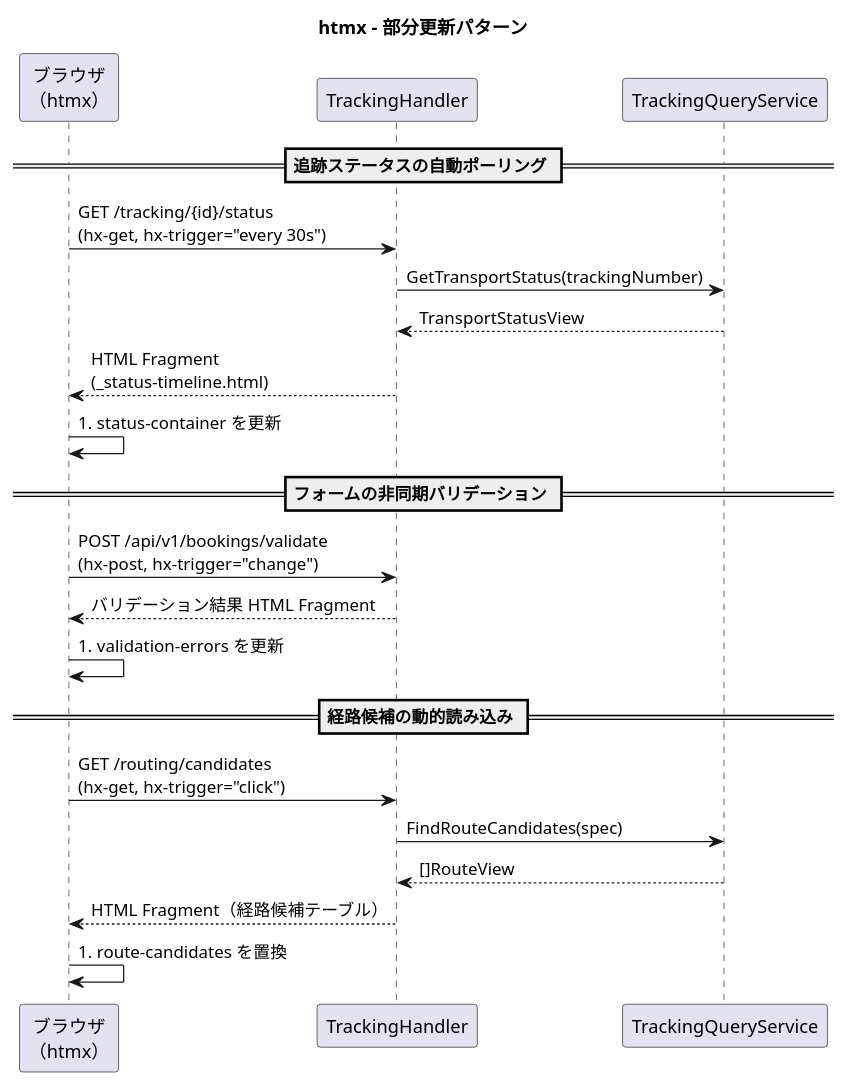
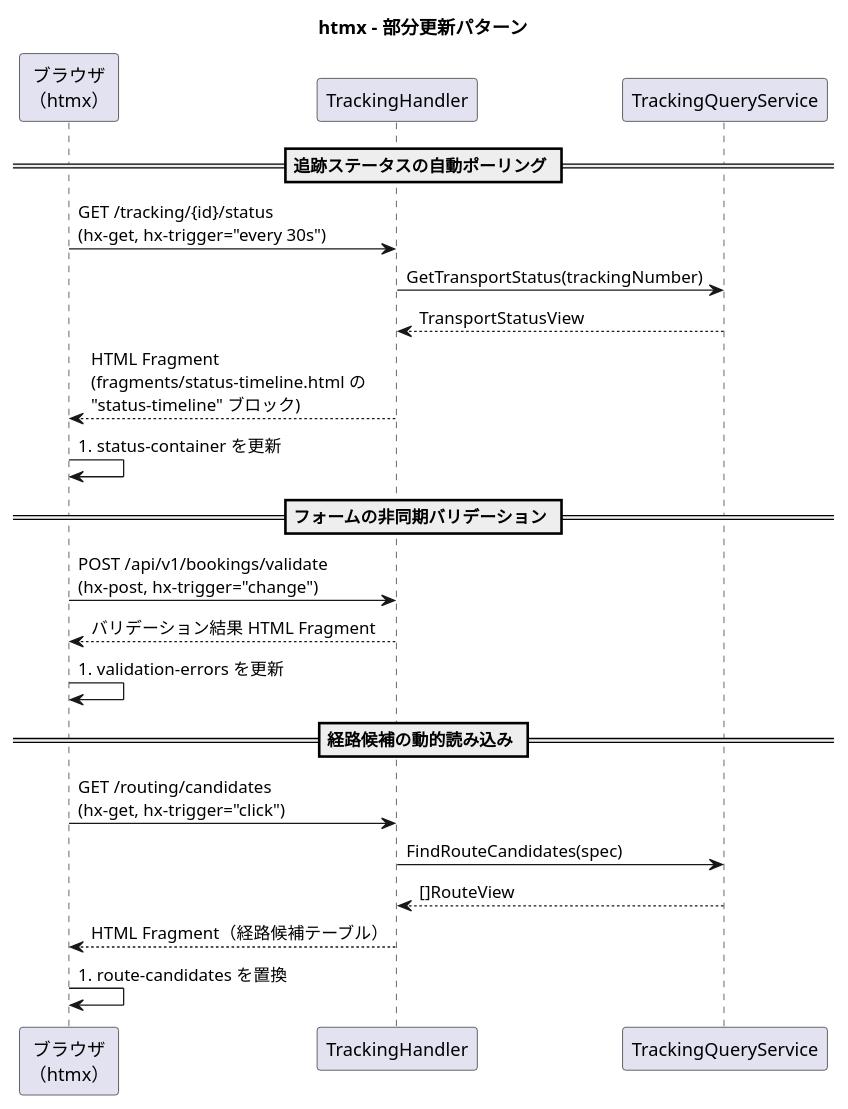
One commit to k2works/case-study-cargo-tracker changed the third of 4 diagrams in docs/design/architecture_frontend.md. Above: the diagram before and after it, drawn with PlantUML. The commit also changed other lines of this file and 5 other files, not shown here.

````diff
--- a/docs/design/architecture_frontend.md
+++ b/docs/design/architecture_frontend.md
@@ -206,32 +201,32 @@
 ```plantuml
 @startuml
 title htmx - 部分更新パターン
 
 participant "ブラウザ\n（htmx）" as browser
 participant "TrackingHandler" as ctrl
 participant "TrackingQueryService" as service
 
 == 追跡ステータスの自動ポーリング ==
 
 browser -> ctrl : GET /tracking/{id}/status\n(hx-get, hx-trigger="every 30s")
 ctrl -> service : GetTransportStatus(trackingNumber)
 service --> ctrl : TransportStatusView
-ctrl --> browser : HTML Fragment\n(_status-timeline.html)
+ctrl --> browser : HTML Fragment\n(fragments/status-timeline.html の\n"status-timeline" ブロック)
 browser -> browser : #status-container を更新
 
 == フォームの非同期バリデーション ==
 
 browser -> ctrl : POST /api/v1/bookings/validate\n(hx-post, hx-trigger="change")
 ctrl --> browser : バリデーション結果 HTML Fragment
 browser -> browser : #validation-errors を更新
 
 == 経路候補の動的読み込み ==
 
 browser -> ctrl : GET /routing/candidates\n(hx-get, hx-trigger="click")
 ctrl -> service : FindRouteCandidates(spec)
 service --> ctrl : []RouteView
 ctrl --> browser : HTML Fragment（経路候補テーブル）
 browser -> browser : #route-candidates を置換
 
 @enduml
 ```
````
